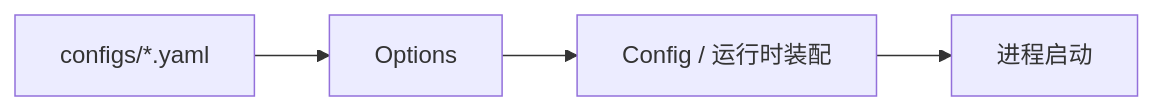
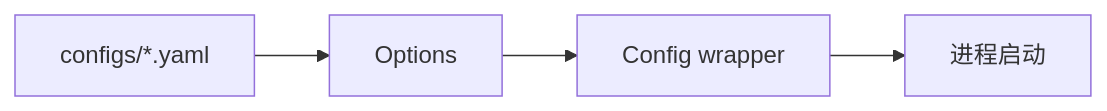
Before and after one commit to FangcunMount/qs-server: the diagram in docs/03-基础设施/05-配置体系.md, drawn with Mermaid. The commit also changed other lines of this file and 28 other files, not shown here.

Commit message:
pref P1 Container / Composition Graph + Config & Options Plane 重构

````diff
--- a/docs/03-基础设施/05-配置体系.md
+++ b/docs/03-基础设施/05-配置体系.md
@@ -29,11 +29,11 @@
 ```mermaid
 flowchart LR
     YAML[configs/*.yaml]
     Opts[Options]
-    Cfg[Config / 运行时装配]
+    Cfg[Config wrapper]
     Runtime[进程启动]
 
     YAML --> Opts
     Opts --> Cfg
     Cfg --> Runtime
 ```
````
